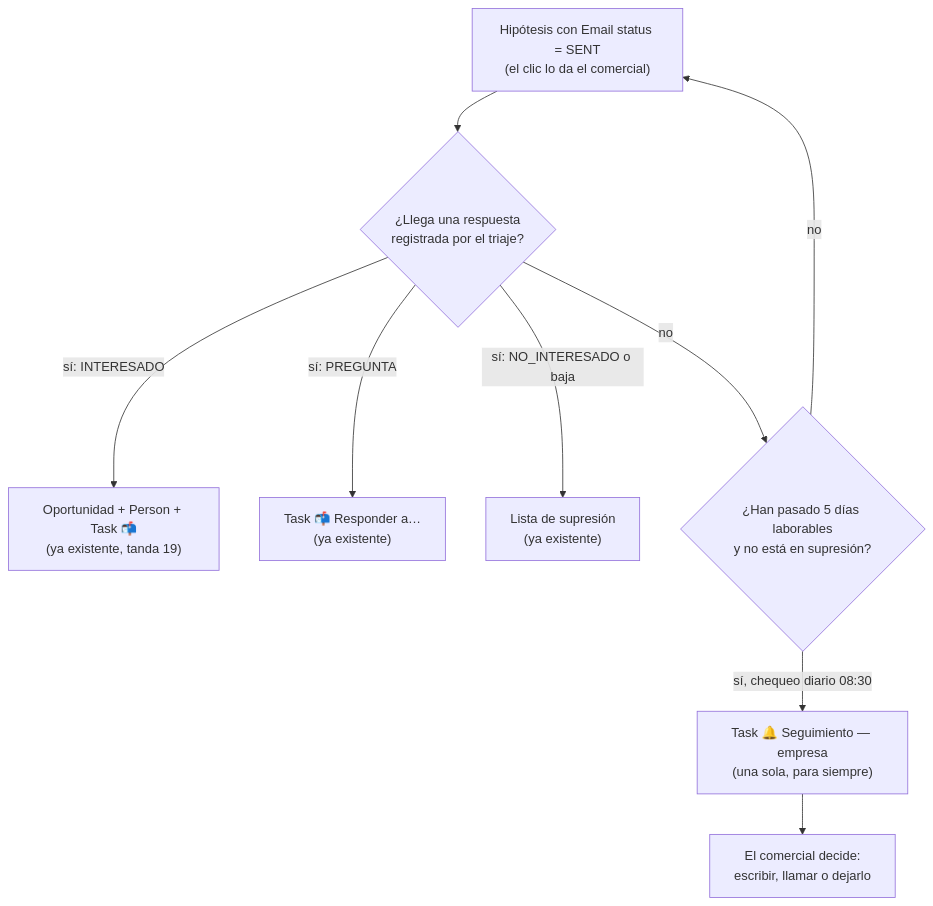
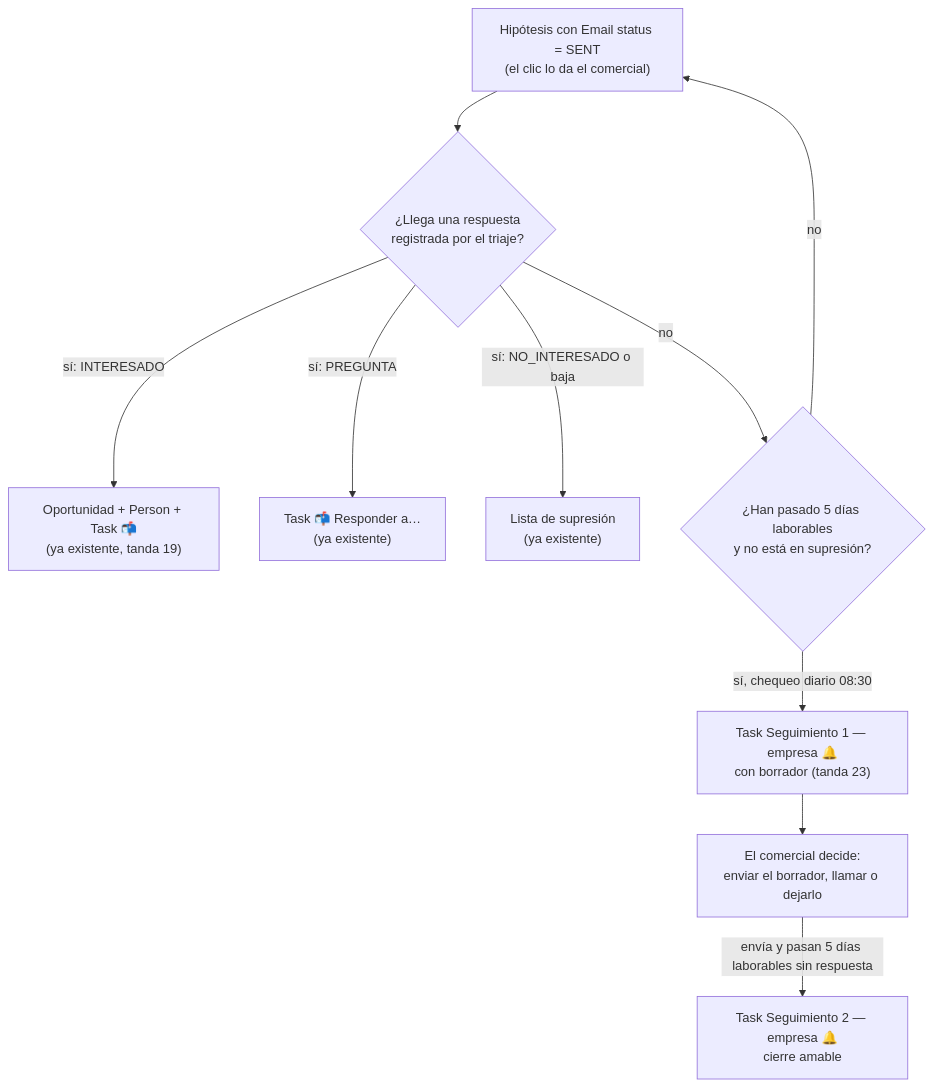
One commit to bitclicklabs/commercial-os changed the diagram in docs/seguimiento-leads.md. Above: the diagram before and after it, drawn with Mermaid. The commit also changed other lines of this file and 5 other files, not shown here.

First line of the commit message:
docs(tanda23): AI Setter tanda B (secuencias de seguimiento, cualificación, huecos con plazo, títulos sin emoji delante)

````diff
--- a/docs/seguimiento-leads.md
+++ b/docs/seguimiento-leads.md
@@ -25,11 +26,12 @@
 ```mermaid
 flowchart TD
     sent["Hipótesis con Email status = SENT<br/>(el clic lo da el comercial)"] --> reply{"¿Llega una respuesta<br/>registrada por el triaje?"}
     reply -->|"sí: INTERESADO"| opp["Oportunidad + Person + Task 📬<br/>(ya existente, tanda 19)"]
     reply -->|"sí: PREGUNTA"| q["Task 📬 Responder a…<br/>(ya existente)"]
     reply -->|"sí: NO_INTERESADO o baja"| sup["Lista de supresión<br/>(ya existente)"]
     reply -->|"no"| wait{"¿Han pasado 5 días laborables<br/>y no está en supresión?"}
     wait -->|"no"| sent
-    wait -->|"sí, chequeo diario 08:30"| task["Task 🔔 Seguimiento — empresa<br/>(una sola, para siempre)"]
-    task --> hum["El comercial decide:<br/>escribir, llamar o dejarlo"]
+    wait -->|"sí, chequeo diario 08:30"| task["Task Seguimiento 1 — empresa 🔔<br/>con borrador (tanda 23)"]
+    task --> hum["El comercial decide:<br/>enviar el borrador, llamar o dejarlo"]
+    hum -->|"envía y pasan 5 días laborables sin respuesta"| task2["Task Seguimiento 2 — empresa 🔔<br/>cierre amable"]
 ```
````
